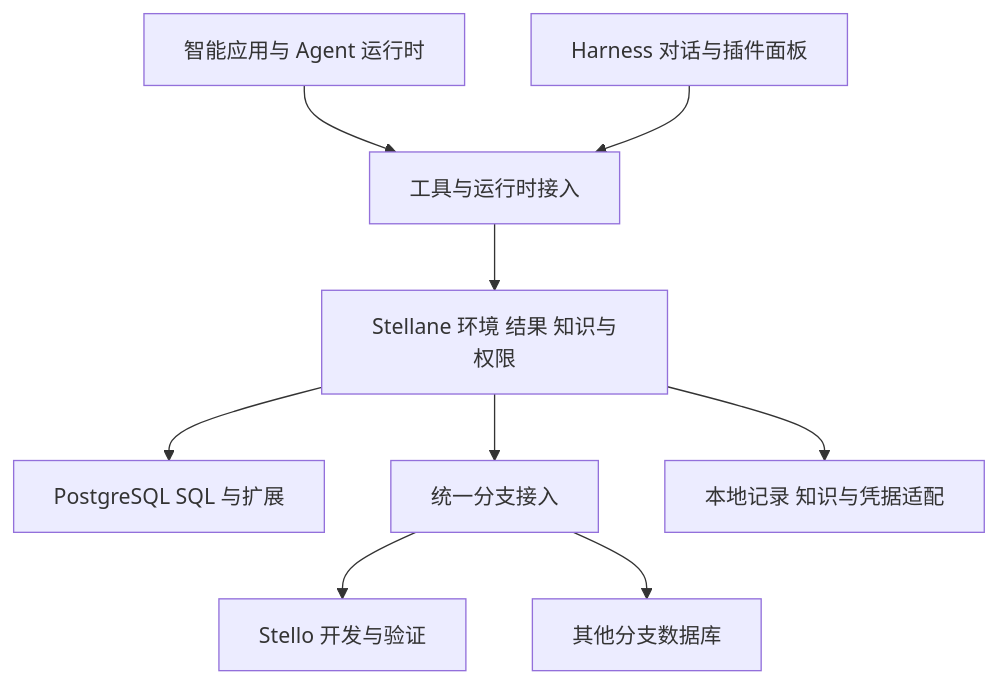
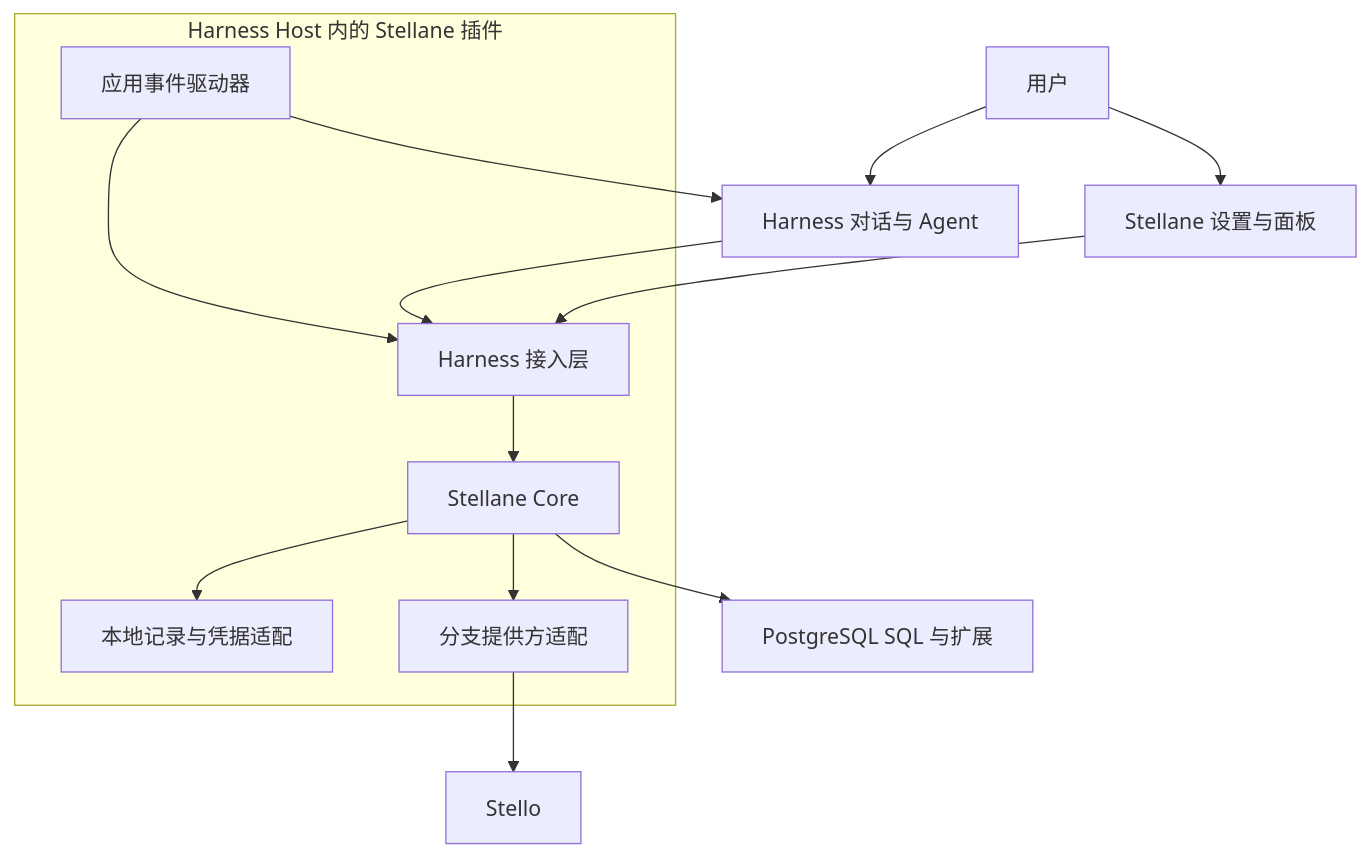
Before and after one commit to czNail/Stellane: the diagram in PRODUCT.md, drawn with Mermaid. The commit also changed other lines of this file and 1 other file, not shown here.

Commit message:
docs: clarify Harness plugin design and simplify product plan

````diff
--- a/PRODUCT.md
+++ b/PRODUCT.md
@@ -166,11 +84,16 @@
 ```mermaid
 flowchart TB
-    APP[智能应用与 Agent 运行时] --> HOST[工具与运行时接入]
-    HARNESS[Harness 对话与插件面板] --> HOST
-    HOST --> CORE[Stellane 环境 结果 知识与权限]
-    CORE --> SQL[PostgreSQL SQL 与扩展]
-    CORE --> PROVIDER[统一分支接入]
-    CORE --> LOCAL[本地记录 知识与凭据适配]
-    PROVIDER --> STELLO[Stello 开发与验证]
-    PROVIDER --> OTHER[其他分支数据库]
+    USER[用户] --> CHAT[Harness 对话与 Agent]
+    USER --> PANEL[Stellane 设置与面板]
+    subgraph HOST[Harness Host 内的 Stellane 插件]
+        DRIVER[应用事件驱动器] --> ADAPTER[Harness 接入层]
+        ADAPTER --> CORE[Stellane Core]
+        CORE --> LOCAL[本地记录与凭据适配]
+        CORE --> PROVIDER[分支提供方适配]
+    end
+    DRIVER --> CHAT
+    CHAT --> ADAPTER
+    PANEL --> ADAPTER
+    CORE --> PG[PostgreSQL SQL 与扩展]
+    PROVIDER --> STELLO[Stello]
 ```
````
